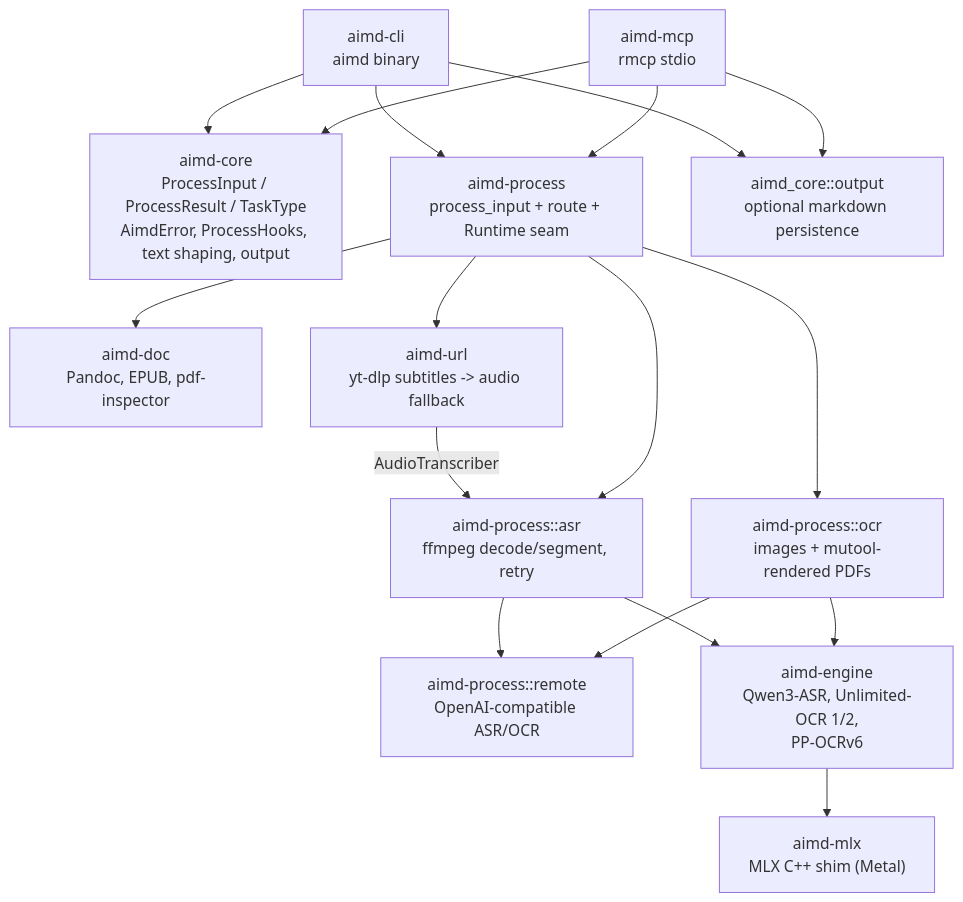
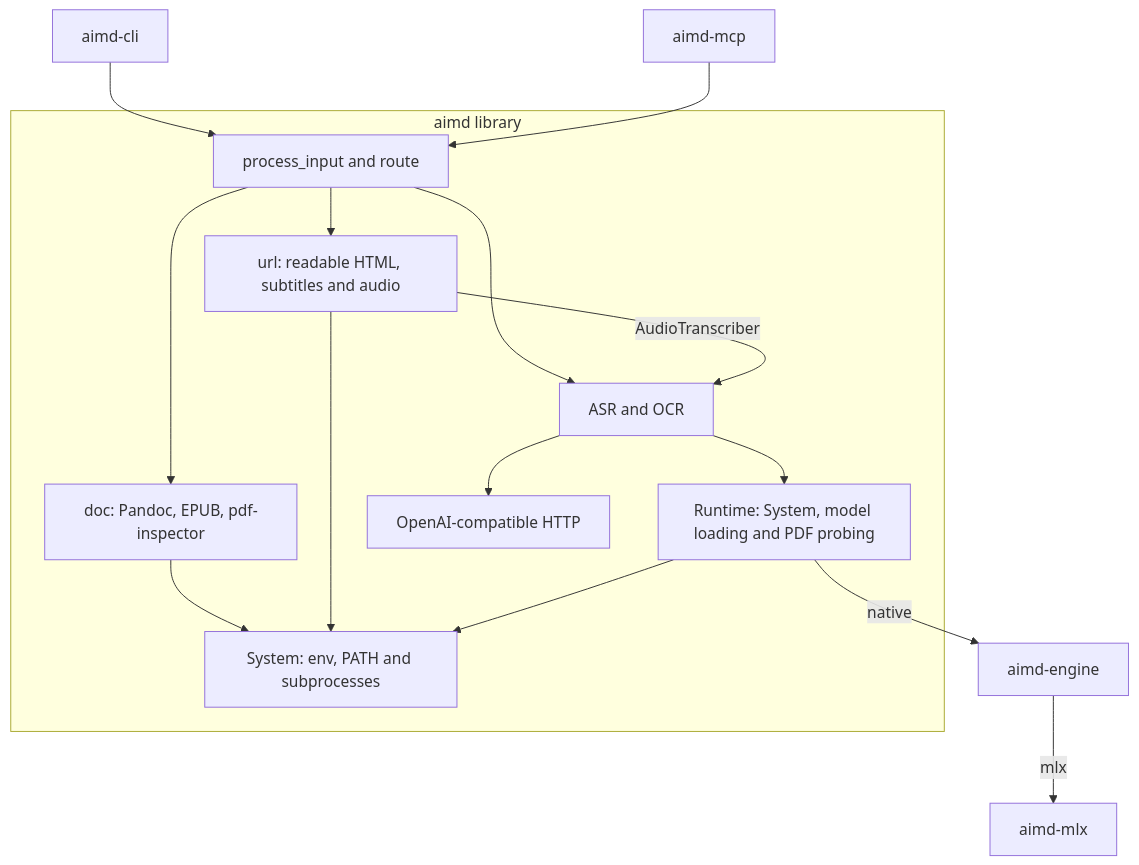
The diagram in AGENTS.md (shuuul/aimd), drawn with Mermaid before and after one commit. The commit also changed other lines of this file and 288 other files, not shown here.

````diff
--- a/AGENTS.md
+++ b/AGENTS.md
@@ -65,33 +60,18 @@
 ```mermaid
 flowchart TD
-    CLI["aimd-cli\naimd binary"]
-    MCP["aimd-mcp\nrmcp stdio"]
-
-    Core["aimd-core\nProcessInput / ProcessResult / TaskType\nAimdError, ProcessHooks, text shaping, output"]
-    Process["aimd-process\nprocess_input + route + Runtime seam"]
-
-    Doc["aimd-doc\nPandoc, EPUB, pdf-inspector"]
-    Url["aimd-url\nyt-dlp subtitles -> audio fallback"]
-    Asr["aimd-process::asr\nffmpeg decode/segment, retry"]
-    Ocr["aimd-process::ocr\nimages + mutool-rendered PDFs"]
-    Remote["aimd-process::remote\nOpenAI-compatible ASR/OCR"]
-    Engine["aimd-engine\nQwen3-ASR, Unlimited-OCR 1/2,\nPP-OCRv6"]
-    Mlx["aimd-mlx\nMLX C++ shim (Metal)"]
-
-    CLI --> Core
-    MCP --> Core
-    CLI --> Process
-    MCP --> Process
-    Process --> Doc
-    Process --> Url
-    Url -->|AudioTranscriber| Asr
-    Process --> Asr
-    Process --> Ocr
-    Asr --> Remote
-    Ocr --> Remote
-    Asr --> Engine
-    Ocr --> Engine
-    Engine --> Mlx
-    CLI --> Output["aimd_core::output\noptional markdown persistence"]
-    MCP --> Output
+    CLI[aimd-cli] --> Route
+    MCP[aimd-mcp] --> Route
+    subgraph Aimd[aimd library]
+        Route[process_input and route] --> Doc[doc: Pandoc, EPUB, pdf-inspector]
+        Route --> Url[url: readable HTML, subtitles and audio]
+        Route --> Inference[ASR and OCR]
+        Url -->|AudioTranscriber| Inference
+        Doc --> Sys[System: env, PATH and subprocesses]
+        Url --> Sys
+        Inference --> Runtime[Runtime: System, model loading and PDF probing]
+        Runtime --> Sys
+        Inference --> Remote[OpenAI-compatible HTTP]
+    end
+    Runtime -->|native| Engine[aimd-engine]
+    Engine -->|mlx| MLX[aimd-mlx]
 ```
````
